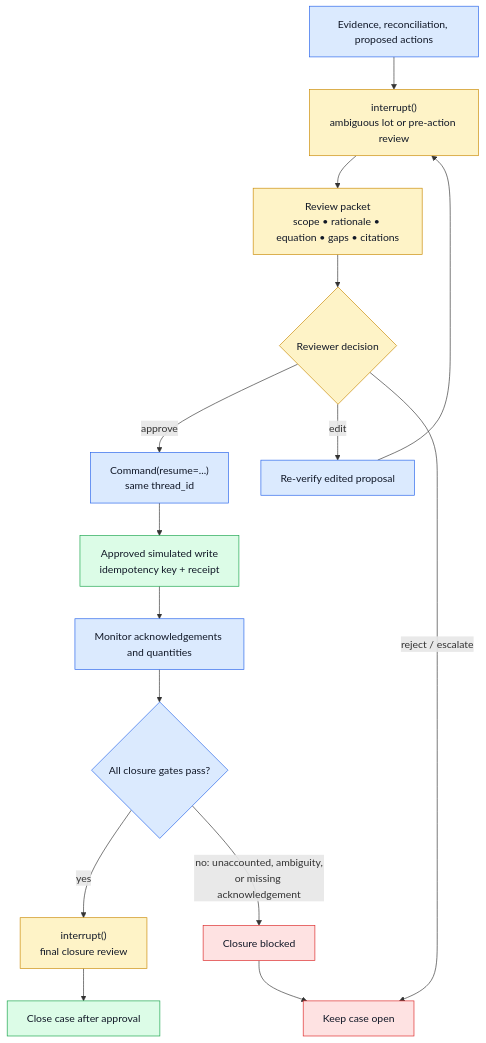
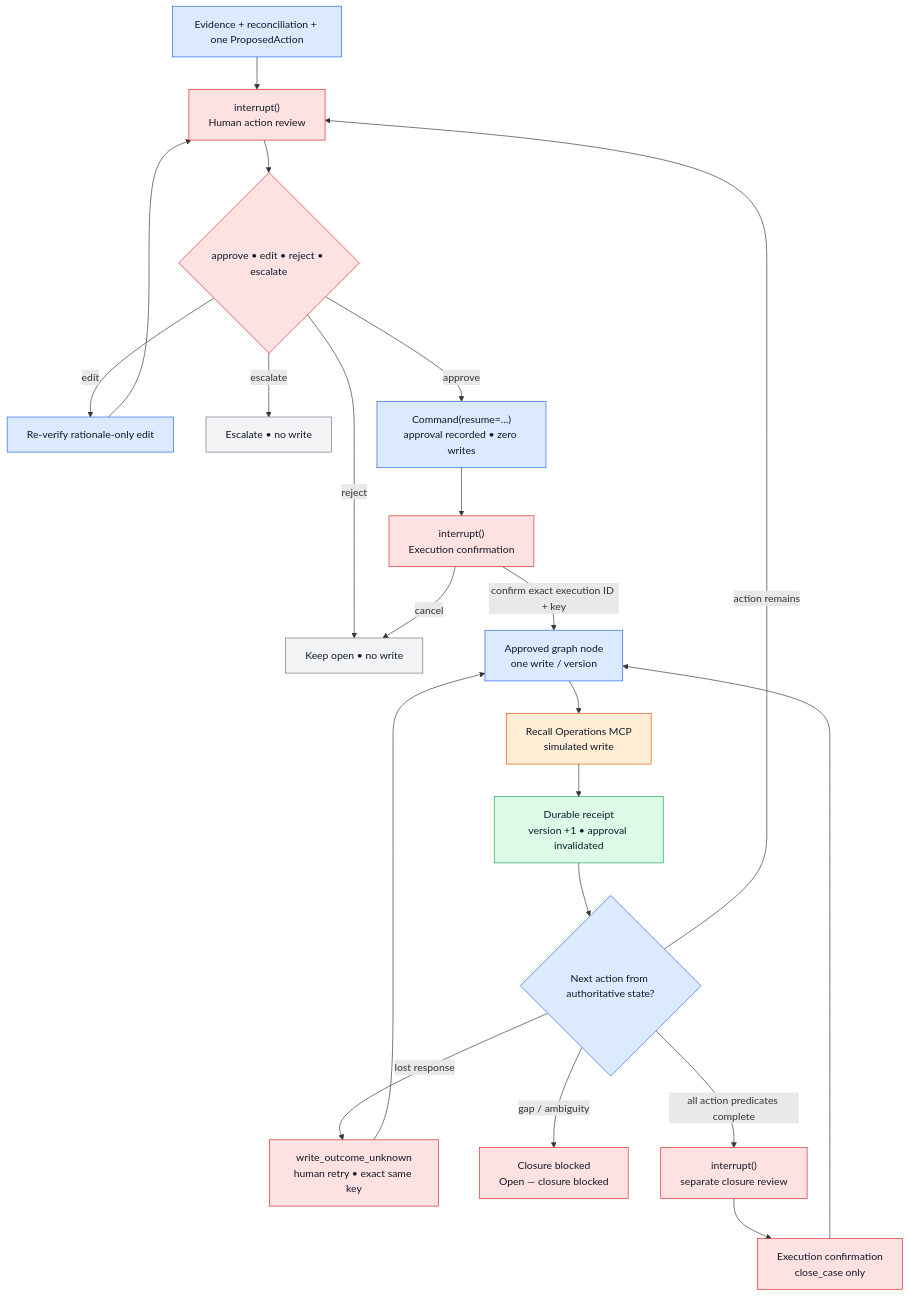
The diagram in docs/images/06_hitl_closure.mmd (nagarjunakanamarlapudi/reacall-agents), drawn with Mermaid before and after one commit. The commit also changed 34 other files, not shown here.

```diff
--- a/docs/images/06_hitl_closure.mmd
+++ b/docs/images/06_hitl_closure.mmd
@@ -1,19 +1,24 @@
 flowchart TB
   classDef statefill fill:#dbeafe,stroke:#2563eb,color:#111827
-  classDef human fill:#fef3c7,stroke:#ca8a04,color:#111827
-  classDef write fill:#dcfce7,stroke:#16a34a,color:#111827
-  classDef block fill:#fee2e2,stroke:#dc2626,color:#111827
-  START["Evidence, reconciliation, proposed actions"]:::statefill --> INT["interrupt()<br/>ambiguous lot or pre-action review"]:::human
-  INT --> PACKET["Review packet<br/>scope • rationale • equation • gaps • citations"]:::human
-  PACKET --> DEC{"Reviewer decision"}:::human
-  DEC -->|approve| RES["Command(resume=...)<br/>same thread_id"]:::statefill
-  DEC -->|edit| RECHECK["Re-verify edited proposal"]:::statefill
-  DEC -->|reject / escalate| OPEN["Keep case open"]:::block
-  RECHECK --> INT
-  RES --> WRITE["Approved simulated write<br/>idempotency key + receipt"]:::write
-  WRITE --> MON["Monitor acknowledgements and quantities"]:::statefill
-  MON --> GATE{"All closure gates pass?"}:::statefill
-  GATE -->|yes| CINT["interrupt()<br/>final closure review"]:::human
-  CINT --> CLOSED["Close case after approval"]:::write
-  GATE -->|no: unaccounted, ambiguity,<br/>or missing acknowledgement| BLOCK["Closure blocked"]:::block
-  BLOCK --> OPEN
+  classDef human fill:#fee2e2,stroke:#dc2626,color:#111827
+  classDef write fill:#ffedd5,stroke:#ea580c,color:#111827
+  classDef safe fill:#dcfce7,stroke:#16a34a,color:#111827
+  classDef block fill:#f3f4f6,stroke:#6b7280,color:#111827
+
+  EVIDENCE["Evidence + reconciliation + one ProposedAction"]:::statefill --> AR["interrupt()<br/>Human action review"]:::human
+  AR --> DEC{"approve • edit • reject • escalate"}:::human
+  DEC -->|edit| REVERIFY["Re-verify rationale-only edit"]:::statefill --> AR
+  DEC -->|reject| OPEN["Keep open • no write"]:::block
+  DEC -->|escalate| ESC["Escalate • no write"]:::block
+  DEC -->|approve| RES["Command(resume=...)<br/>approval recorded • zero writes"]:::statefill
+  RES --> EXEC["interrupt()<br/>Execution confirmation"]:::human
+  EXEC -->|cancel| OPEN
+  EXEC -->|confirm exact execution ID + key| NODE["Approved graph node<br/>one write / version"]:::statefill
+  NODE --> MCP["Recall Operations MCP<br/>simulated write"]:::write
+  MCP --> RCPT["Durable receipt<br/>version +1 • approval invalidated"]:::safe
+  RCPT --> NEXT{"Next action from authoritative state?"}:::statefill
+  NEXT -->|action remains| AR
+  NEXT -->|lost response| UNKNOWN["write_outcome_unknown<br/>human retry • exact same key"]:::human --> NODE
+  NEXT -->|gap / ambiguity| BLOCK["Closure blocked<br/>Open — closure blocked"]:::human
+  NEXT -->|all action predicates complete| CLOSURE["interrupt()<br/>separate closure review"]:::human
+  CLOSURE --> CEXEC["Execution confirmation<br/>close_case only"]:::human --> NODE
```
